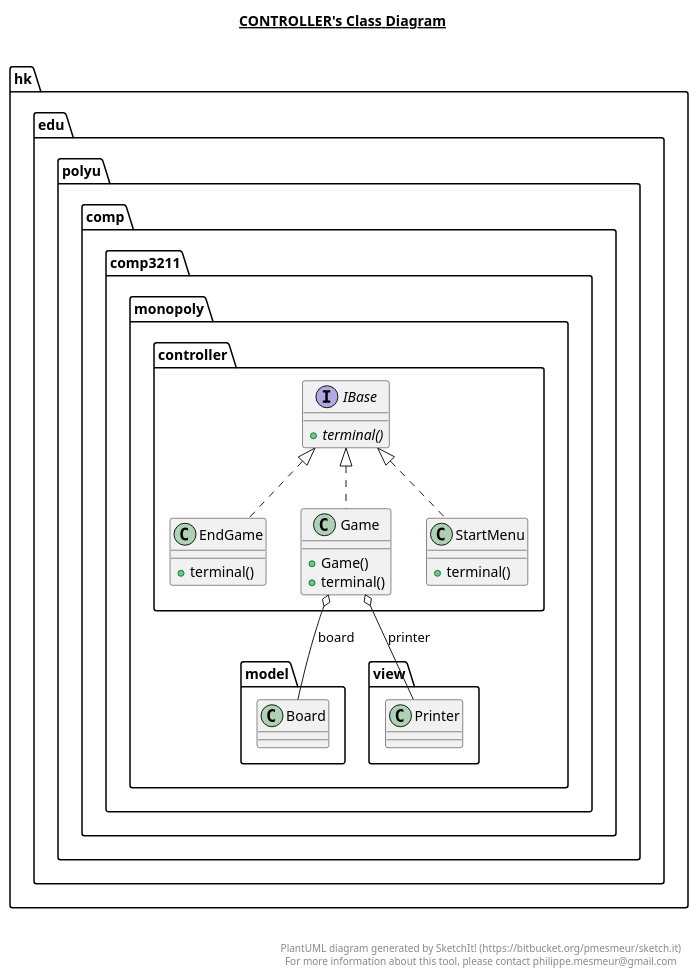
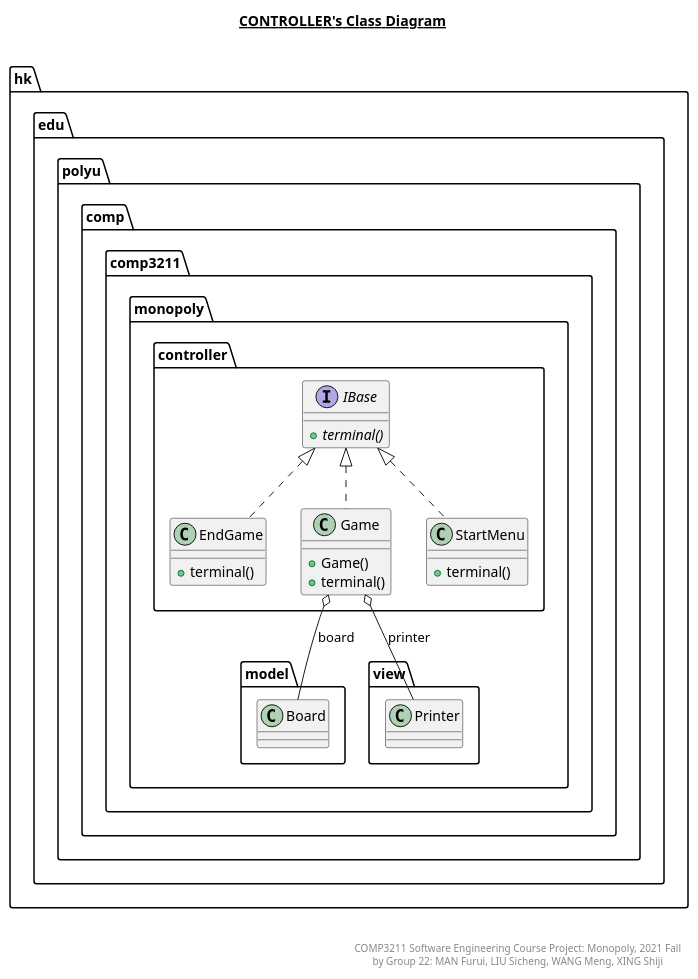
Before and after one commit to Moenupa/Monopoly: the diagram in res/plantuml/controller.plantuml, drawn with PlantUML. The commit also changed 119 other files, not shown here.

```diff
--- a/res/plantuml/controller.plantuml
+++ b/res/plantuml/controller.plantuml
@@ -1,56 +1,56 @@
 @startuml
 
 title __CONTROLLER's Class Diagram__\n
 
   namespace hk.edu.polyu.comp.comp3211.monopoly {
     namespace controller {
       class hk.edu.polyu.comp.comp3211.monopoly.controller.EndGame {
           + terminal()
       }
     }
   }
   
 
   namespace hk.edu.polyu.comp.comp3211.monopoly {
     namespace controller {
       class hk.edu.polyu.comp.comp3211.monopoly.controller.Game {
           + Game()
           + terminal()
       }
     }
   }
   
 
   namespace hk.edu.polyu.comp.comp3211.monopoly {
     namespace controller {
       interface hk.edu.polyu.comp.comp3211.monopoly.controller.IBase {
           {abstract} + terminal()
       }
     }
   }
   
 
   namespace hk.edu.polyu.comp.comp3211.monopoly {
     namespace controller {
       class hk.edu.polyu.comp.comp3211.monopoly.controller.StartMenu {
           + terminal()
       }
     }
   }
   
 
   hk.edu.polyu.comp.comp3211.monopoly.controller.EndGame .up.|> hk.edu.polyu.comp.comp3211.monopoly.controller.IBase
   hk.edu.polyu.comp.comp3211.monopoly.controller.Game .up.|> hk.edu.polyu.comp.comp3211.monopoly.controller.IBase
   hk.edu.polyu.comp.comp3211.monopoly.controller.Game o-- hk.edu.polyu.comp.comp3211.monopoly.model.Board : board
   hk.edu.polyu.comp.comp3211.monopoly.controller.Game o-- hk.edu.polyu.comp.comp3211.monopoly.view.Printer : printer
   hk.edu.polyu.comp.comp3211.monopoly.controller.StartMenu .up.|> hk.edu.polyu.comp.comp3211.monopoly.controller.IBase
 
 
 right footer
 
 
-PlantUML diagram generated by SketchIt! (https://bitbucket.org/pmesmeur/sketch.it)
-For more information about this tool, please contact philippe.mesmeur@gmail.com
+COMP3211 Software Engineering Course Project: Monopoly, 2021 Fall
+by Group 22: MAN Furui, LIU Sicheng, WANG Meng, XING Shiji
 endfooter
 
 @enduml
```
